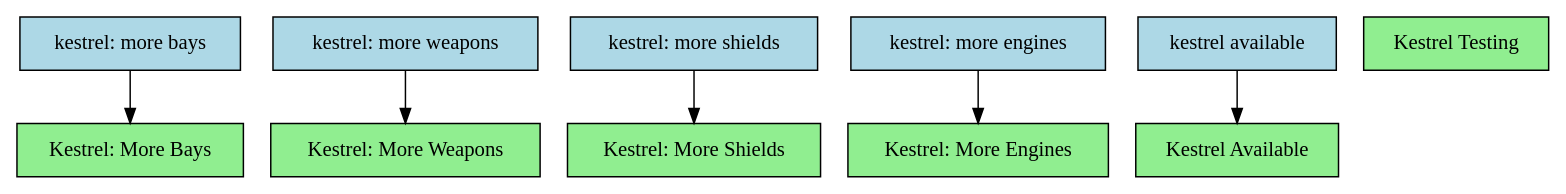
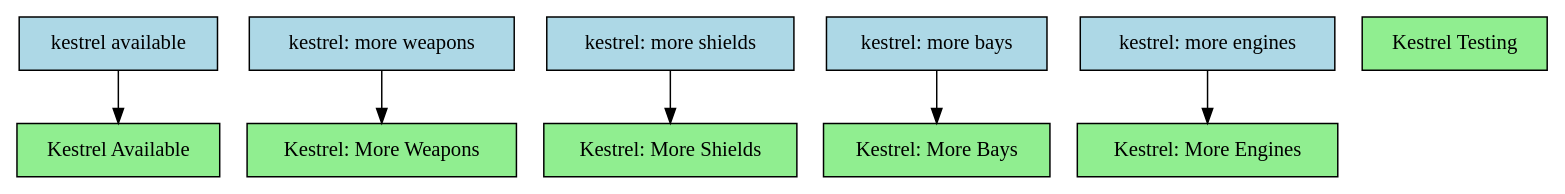
The diagram in mission-tree/output.dot (thetazero/endless-sky), drawn with Graphviz before and after one commit. The commit also changed other lines of this file and 3 other files, not shown here.

```diff
--- a/mission-tree/output.dot
+++ b/mission-tree/output.dot
@@ -1,18 +1,18 @@
 digraph G {
-"kestrel: more bays" [shape=box,fillcolor=lightblue,style=filled]
+"kestrel available" [shape=box,fillcolor=lightblue,style=filled]
 "kestrel: more weapons" [shape=box,fillcolor=lightblue,style=filled]
 "kestrel: more shields" [shape=box,fillcolor=lightblue,style=filled]
+"kestrel: more bays" [shape=box,fillcolor=lightblue,style=filled]
 "kestrel: more engines" [shape=box,fillcolor=lightblue,style=filled]
-"kestrel available" [shape=box,fillcolor=lightblue,style=filled]
 "Kestrel Testing" [shape=box,fillcolor=lightgreen,style=filled]
 "Kestrel: More Weapons" [shape=box,fillcolor=lightgreen,style=filled]
 "Kestrel: More Engines" [shape=box,fillcolor=lightgreen,style=filled]
 "Kestrel: More Shields" [shape=box,fillcolor=lightgreen,style=filled]
 "Kestrel: More Bays" [shape=box,fillcolor=lightgreen,style=filled]
 "Kestrel Available" [shape=box,fillcolor=lightgreen,style=filled]
 "kestrel: more weapons" -> "Kestrel: More Weapons"
 "kestrel: more engines" -> "Kestrel: More Engines"
 "kestrel: more shields" -> "Kestrel: More Shields"
 "kestrel: more bays" -> "Kestrel: More Bays"
 "kestrel available" -> "Kestrel Available"
 }
```
